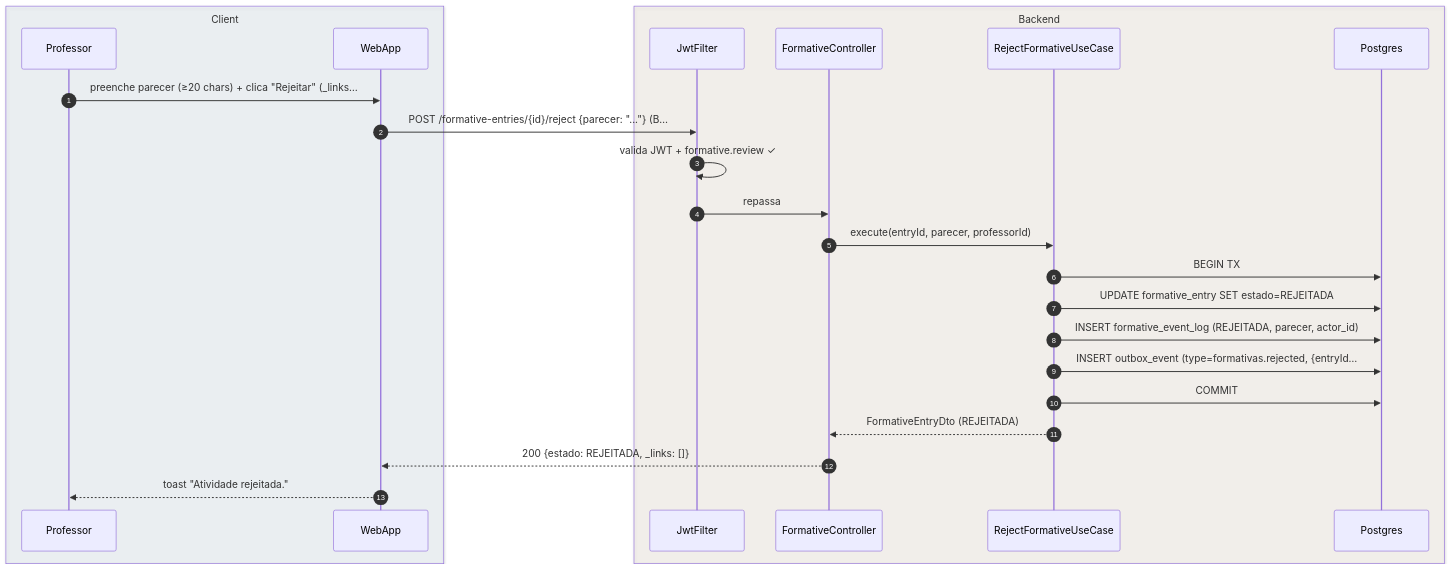
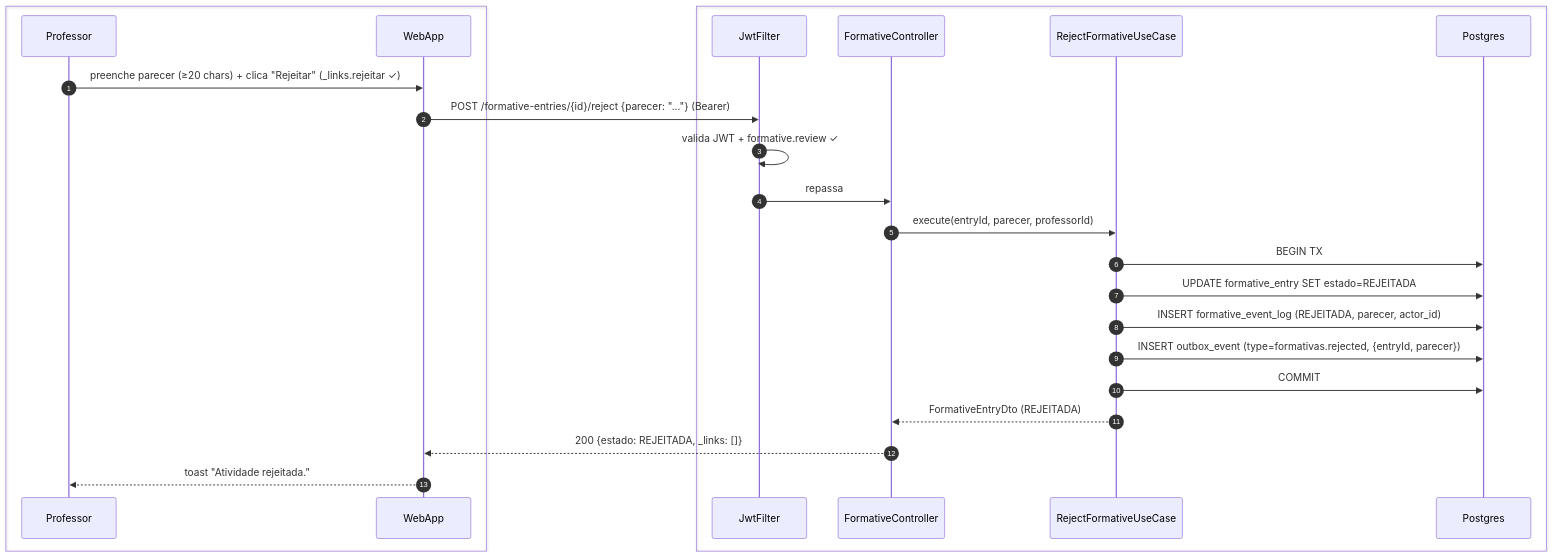
Before and after one commit to umishell/secretariaOnline2: the fourth of 5 diagrams in foundationDocs/sequenceDiagrams/F3 — Professor/US-F3-004-REVISAR-FORMATIVAS.md, drawn with Mermaid. The commit also changed other lines of this file and 70 other files, not shown here.

First line of the commit message:
Enhance database documentation and introduce new schema files

````diff
--- a/foundationDocs/sequenceDiagrams/F3 — Professor/US-F3-004-REVISAR-FORMATIVAS.md
+++ b/foundationDocs/sequenceDiagrams/F3 — Professor/US-F3-004-REVISAR-FORMATIVAS.md
@@ -178,28 +178,28 @@
 ```mermaid
 sequenceDiagram
     autonumber
-    box rgba(230,245,255,0.3) Client
+    box #e8f4fc Cliente
         participant Professor
         participant WebApp
     end
-    box rgba(255,245,230,0.3) Backend
+    box #fff8ee Servidor
         participant JwtFilter
         participant FormativeController
         participant RejectUC as RejectFormativeUseCase
         participant Postgres
     end
 
-    Professor->>WebApp: preenche parecer (≥20 chars) + clica "Rejeitar" (_links…
-    WebApp->>JwtFilter: POST /formative-entries/{id}/reject {parecer: "..."} (B…
+    Professor->>WebApp: preenche parecer (≥20 chars) + clica "Rejeitar" (_links.rejeitar ✓)
+    WebApp->>JwtFilter: POST /formative-entries/{id}/reject {parecer: "..."} (Bearer)
     JwtFilter->>JwtFilter: valida JWT + formative.review ✓
     JwtFilter->>FormativeController: repassa
     FormativeController->>RejectUC: execute(entryId, parecer, professorId)
     RejectUC->>Postgres: BEGIN TX
     RejectUC->>Postgres: UPDATE formative_entry SET estado=REJEITADA
     RejectUC->>Postgres: INSERT formative_event_log (REJEITADA, parecer, actor_id)
-    RejectUC->>Postgres: INSERT outbox_event (type=formativas.rejected, {entryId…
+    RejectUC->>Postgres: INSERT outbox_event (type=formativas.rejected, {entryId, parecer})
     RejectUC->>Postgres: COMMIT
     RejectUC-->>FormativeController: FormativeEntryDto (REJEITADA)
     FormativeController-->>WebApp: 200 {estado: REJEITADA, _links: []}
     WebApp-->>Professor: toast "Atividade rejeitada."
 ```
````
